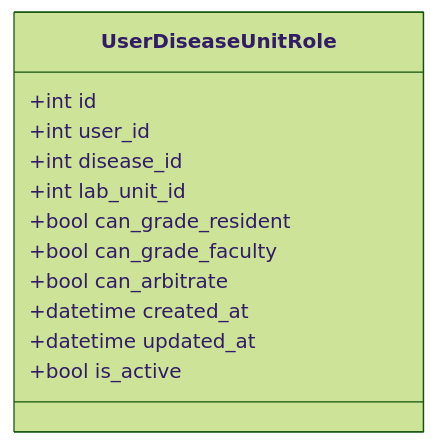
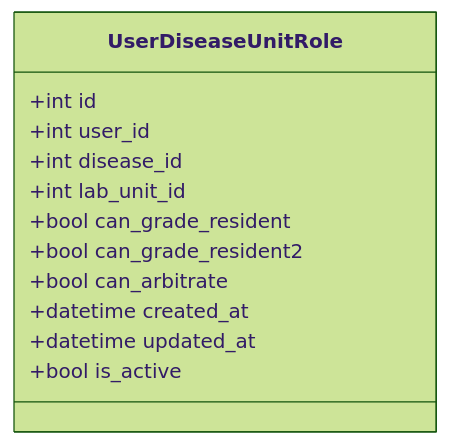
One commit to drguptavivek/fundus_img_xtract changed the fourth of 5 diagrams in docs/04-Grade/flowdiagram.md. Above: the diagram before and after it, drawn with Mermaid (forest theme). The commit also changed other lines of this file and 98 other files, not shown here.

````diff
--- a/docs/04-Grade/flowdiagram.md
+++ b/docs/04-Grade/flowdiagram.md
@@ -95,15 +95,15 @@
 ```mermaid
 classDiagram
     class UserDiseaseUnitRole {
         +int id
         +int user_id
         +int disease_id
         +int lab_unit_id
         +bool can_grade_resident
-        +bool can_grade_faculty
+        +bool can_grade_resident2
         +bool can_arbitrate
         +datetime created_at
         +datetime updated_at
         +bool is_active
     }
 ```
````
